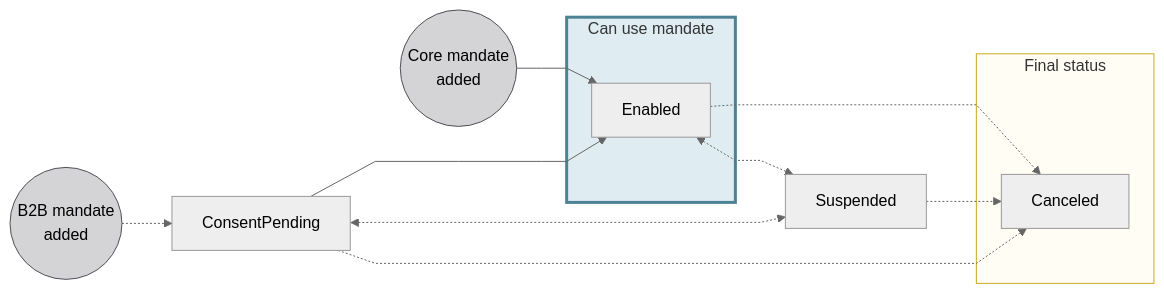
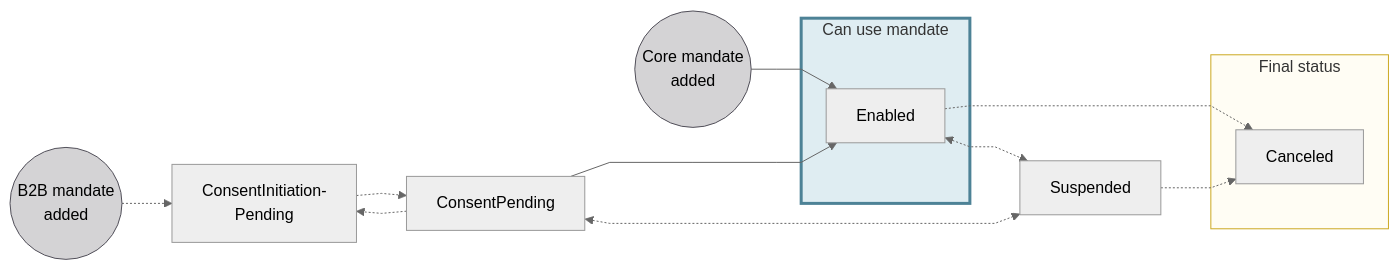
The first of 2 diagrams in docs/topics/payments/direct-debit/index.mdx (swan-io/docs), drawn with Mermaid (neutral theme) before and after one commit. The commit also changed other lines of this file and 1 other file, not shown here.

Commit message:
DOC-1559/b2b-received-direct-debit-mandate-status-update-following-consent-ko

````diff
--- a/docs/topics/payments/direct-debit/index.mdx
+++ b/docs/topics/payments/direct-debit/index.mdx
@@ -73,22 +73,23 @@
 ```mermaid
 %%{ init: { 'flowchart': { 'curve': 'linear' } } }%%
 flowchart LR
-    B2B((B2B mandate<br/>added)) -.-> CP[ConsentPending]
+    B2B((B2B mandate<br/>added)) -.-> CIP[ConsentInitiation-<br/>Pending]
     COR((Core mandate<br/>added)) --> E[Enabled]
+    CIP -.-> CP[ConsentPending]
+    CP -.-> CIP
     CP ---> E
     CP <-.-> S[Suspended]
-    CP -.-> C[Canceled]
-    E -.-> C
+    E -.-> C[Canceled]
     E <-.-> S
     S -.-> C
     subgraph U[Can use mandate]
         E
     end
     subgraph F[Final status]
         C
     end
     style B2B fill:#D4D3D5,stroke:#514F59
     style COR fill:#D4D3D5,stroke:#514F59
     style F fill:#fffdf4,stroke:#cca922
     style U fill:#dfedf2,stroke:#4d8296, stroke-width:3px
 ```
````
